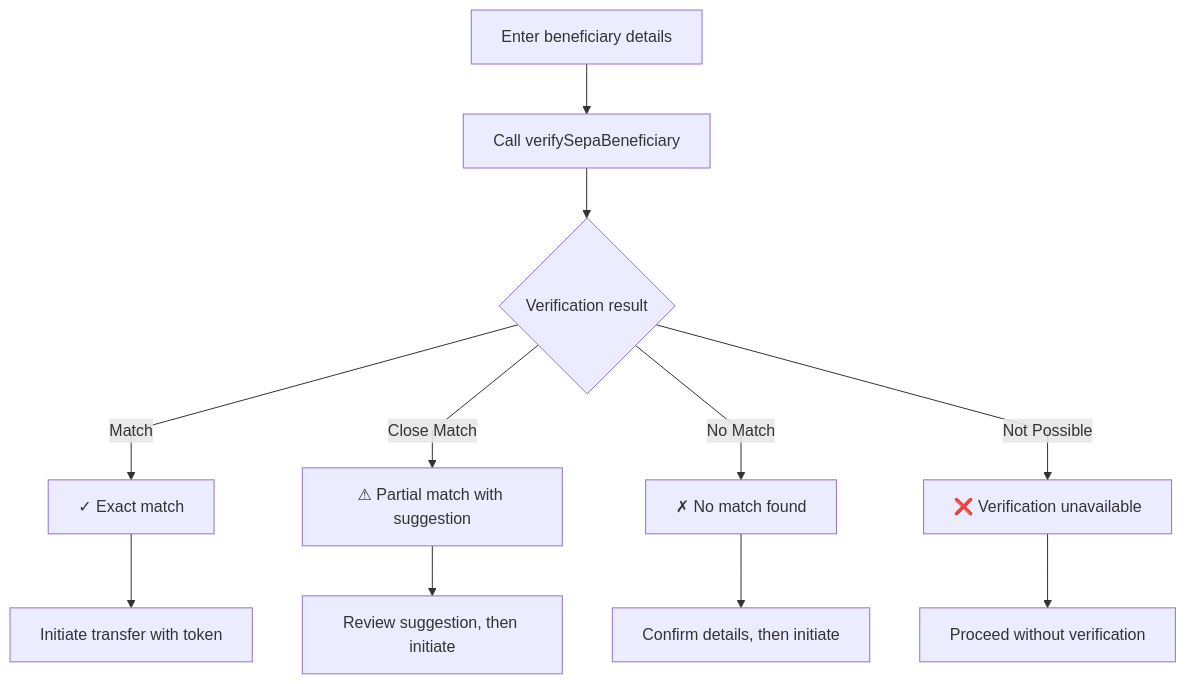
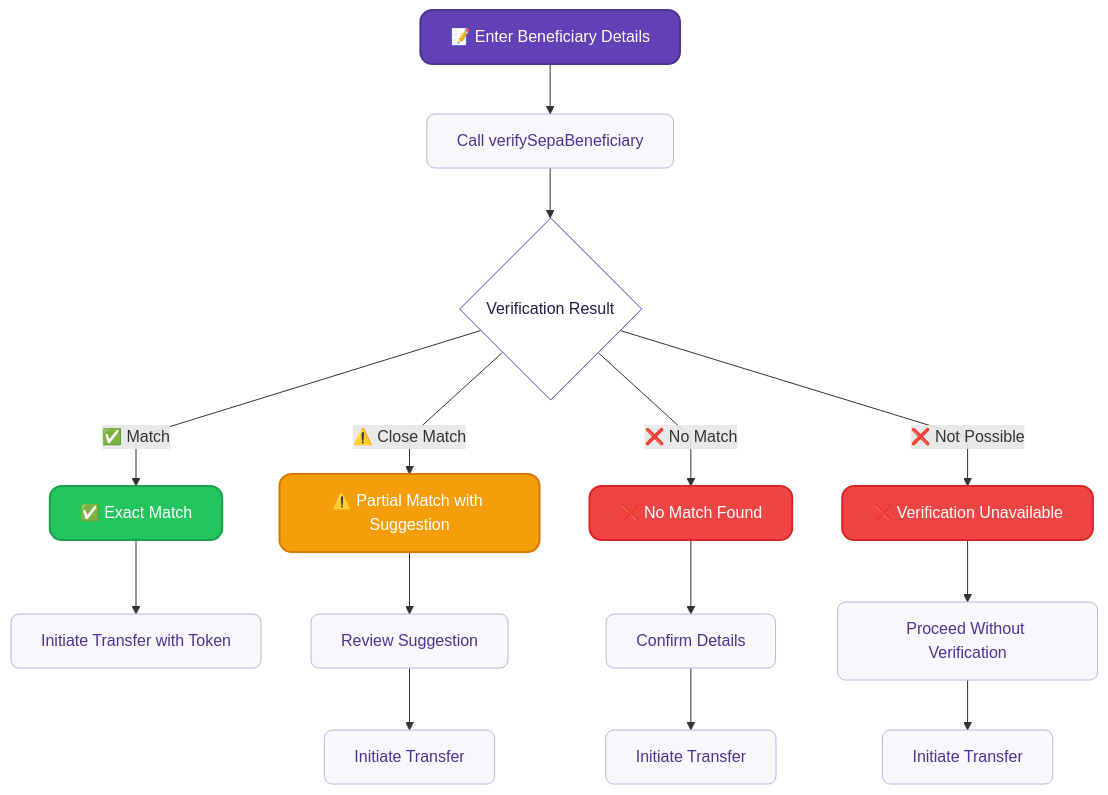
The diagram in docs/topics/payments/credit-transfers/sepa/verification-of-payee.mdx (swan-io/docs), drawn with Mermaid before and after one commit. The commit also changed other lines of this file, not shown here.

Commit message:
New diagram + swan style redux

````diff
--- a/docs/topics/payments/credit-transfers/sepa/verification-of-payee.mdx
+++ b/docs/topics/payments/credit-transfers/sepa/verification-of-payee.mdx
@@ -34,14 +32,31 @@
 ```mermaid
 %%{ init: { 'flowchart': { 'curve': 'linear' } } }%%
 flowchart TD
-    A[Enter beneficiary details] --> B[Call verifySepaBeneficiary]
-    B --> C{Verification result}
-    C -->|Match| D[✓ Exact match]
-    C -->|Close Match| E[⚠ Partial match with suggestion]
-    C -->|No Match| F[✗ No match found]
-    C -->|Not Possible| G[❌ Verification unavailable]
-    D --> H[Initiate transfer with token]
-    E --> I[Review suggestion, then initiate]
-    F --> J[Confirm details, then initiate]
-    G --> K[Proceed without verification]
+    A["📝 Enter Beneficiary Details"] --> B[Call verifySepaBeneficiary]
+    B --> C{Verification Result}
+    C -->|"✅ Match"| D["✅ Exact Match"]
+    C -->|"⚠️ Close Match"| E["⚠️ Partial Match with Suggestion"]
+    C -->|"❌ No Match"| F["❌ No Match Found"]
+    C -->|"❌ Not Possible"| G["❌ Verification Unavailable"]
+    D --> H[Initiate Transfer with Token]
+    E --> I[Review Suggestion]
+    F --> J[Confirm Details]
+    G --> K[Proceed Without Verification]
+    I --> L[Initiate Transfer]
+    J --> M[Initiate Transfer]
+    K --> N[Initiate Transfer]
+    
+    classDef default fill:#ffffff,stroke:#6240b5,stroke-width:1px,color:#271a48,rx:12,ry:12
+    classDef input fill:#6240b5,stroke:#4e3391,stroke-width:2px,color:#ffffff,rx:12,ry:12
+    classDef decision fill:#6240b5,stroke:#4e3391,stroke-width:2px,color:#ffffff,rx:20,ry:20
+    classDef success fill:#22c55e,stroke:#16a34a,stroke-width:2px,color:#ffffff,rx:12,ry:12
+    classDef warning fill:#f59e0b,stroke:#d97706,stroke-width:2px,color:#ffffff,rx:12,ry:12
+    classDef error fill:#ef4444,stroke:#dc2626,stroke-width:2px,color:#ffffff,rx:12,ry:12
+    classDef process fill:#f8f7fc,stroke:#c0b3e1,stroke-width:1px,color:#4e3391,rx:8,ry:8
+    
+    class A input
+    class D success
+    class E warning
+    class F,G error
+    class B,H,I,J,K,L,M,N process
 ```
````
